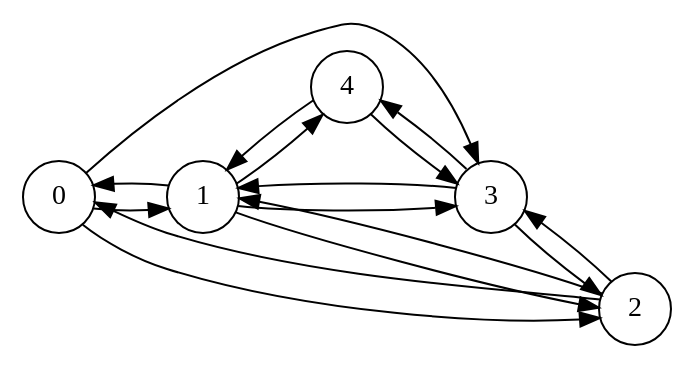
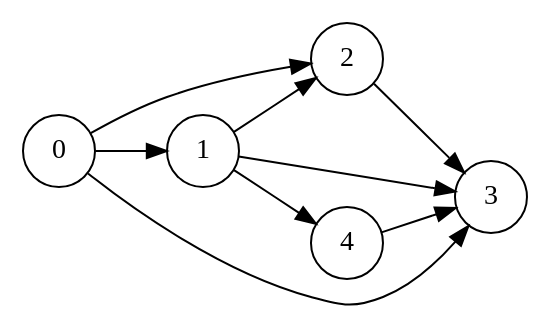
Before and after one commit to yyl-20020115/GraphAlgorithmTester: the diagram in dot/coloring1.dot, drawn with Graphviz. The commit also changed 8 other files, not shown here.

```diff
--- a/dot/coloring1.dot
+++ b/dot/coloring1.dot
@@ -1,25 +1,18 @@
 digraph GraphColoring{
     node[shape="circle"]
     rankdir="LR"
 # 0 1 1 1 0
 # 1 0 1 1 1
 # 1 1 0 1 0
 # 0 1 1 0 1
 # 0 1 0 1 0
     0->1;
     0->2;
     0->3;
-    1->0;
     1->2;
     1->3;
     1->4;
-    2->0;
-    2->1;
     2->3;
-    3->1;
-    3->2;
-    3->4;
-    4->1;
     4->3;
 
 }
```
